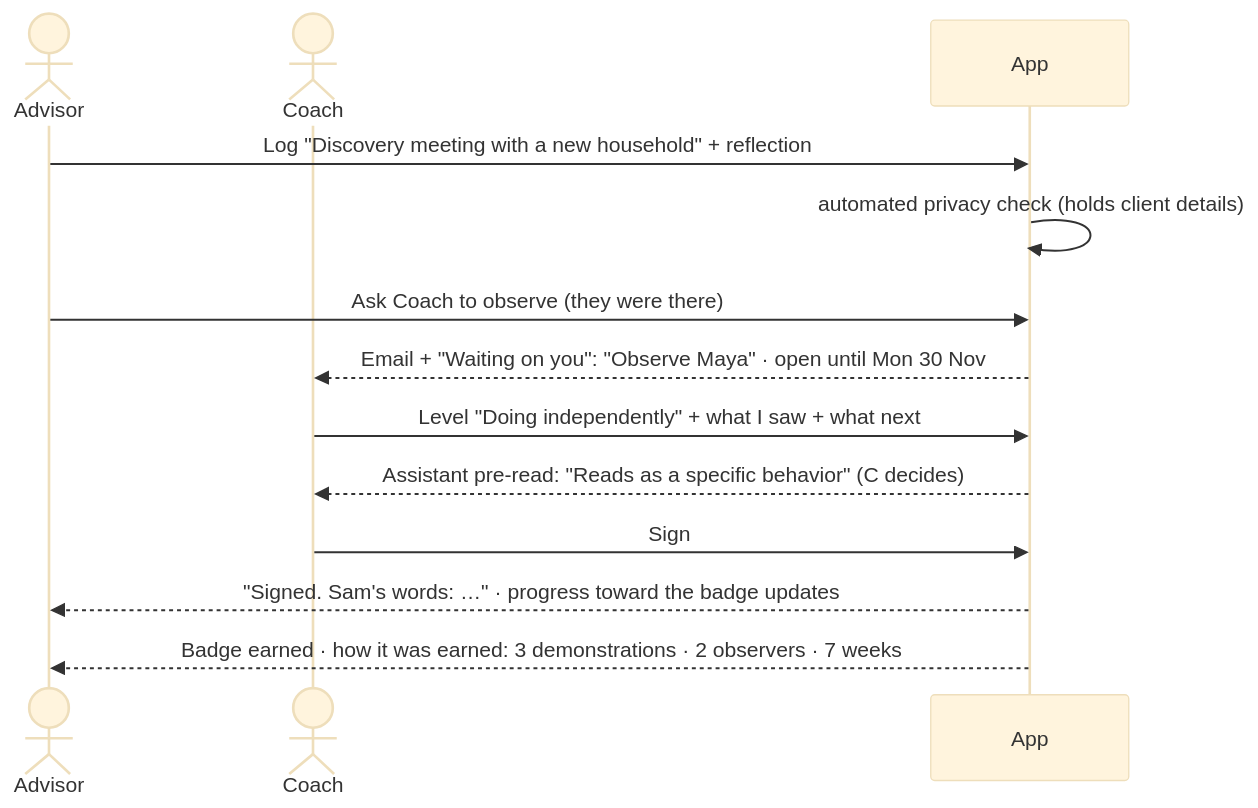
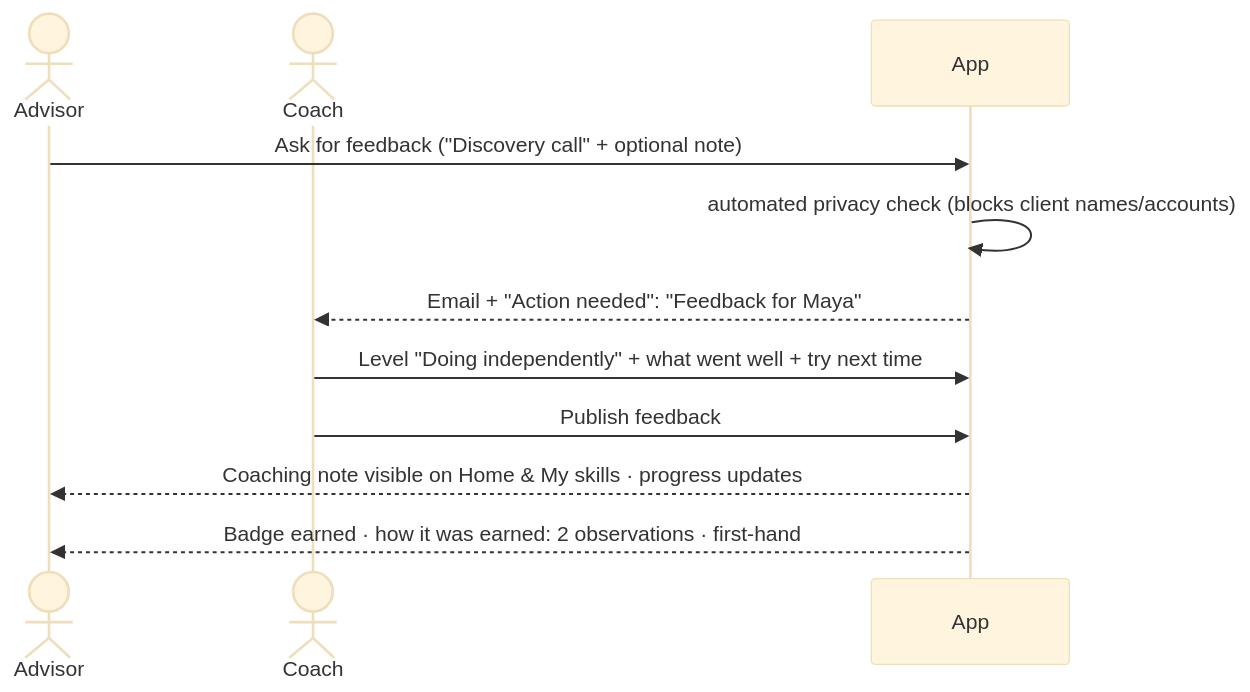
The third of 3 diagrams in docs/product/overview.md (brandonbryant12/project-x), drawn with Mermaid (base theme) before and after one commit. The commit also changed other lines of this file and 10 other files, not shown here.

First line of the commit message:
refactor: tighten E2E type safety with Schema error guards, XState autosave, and Effect stack plan

````diff
--- a/docs/product/overview.md
+++ b/docs/product/overview.md
@@ -64,15 +64,13 @@
 ```mermaid
 sequenceDiagram
   actor A as Advisor
   actor C as Coach
   participant App
-  A->>App: Log "Discovery meeting with a new household" + reflection
-  App->>App: automated privacy check (holds client details)
-  A->>App: Ask Coach to observe (they were there)
-  App-->>C: Email + "Waiting on you": "Observe Maya" · open until Mon 30 Nov
-  C->>App: Level "Doing independently" + what I saw + what next
-  App-->>C: Assistant pre-read: "Reads as a specific behavior" (C decides)
-  C->>App: Sign
-  App-->>A: "Signed. Sam's words: …" · progress toward the badge updates
-  App-->>A: Badge earned · how it was earned: 3 demonstrations · 2 observers · 7 weeks
+  A->>App: Ask for feedback ("Discovery call" + optional note)
+  App->>App: automated privacy check (blocks client names/accounts)
+  App-->>C: Email + "Action needed": "Feedback for Maya"
+  C->>App: Level "Doing independently" + what went well + try next time
+  C->>App: Publish feedback
+  App-->>A: Coaching note visible on Home & My skills · progress updates
+  App-->>A: Badge earned · how it was earned: 2 observations · first-hand
 ```
````
